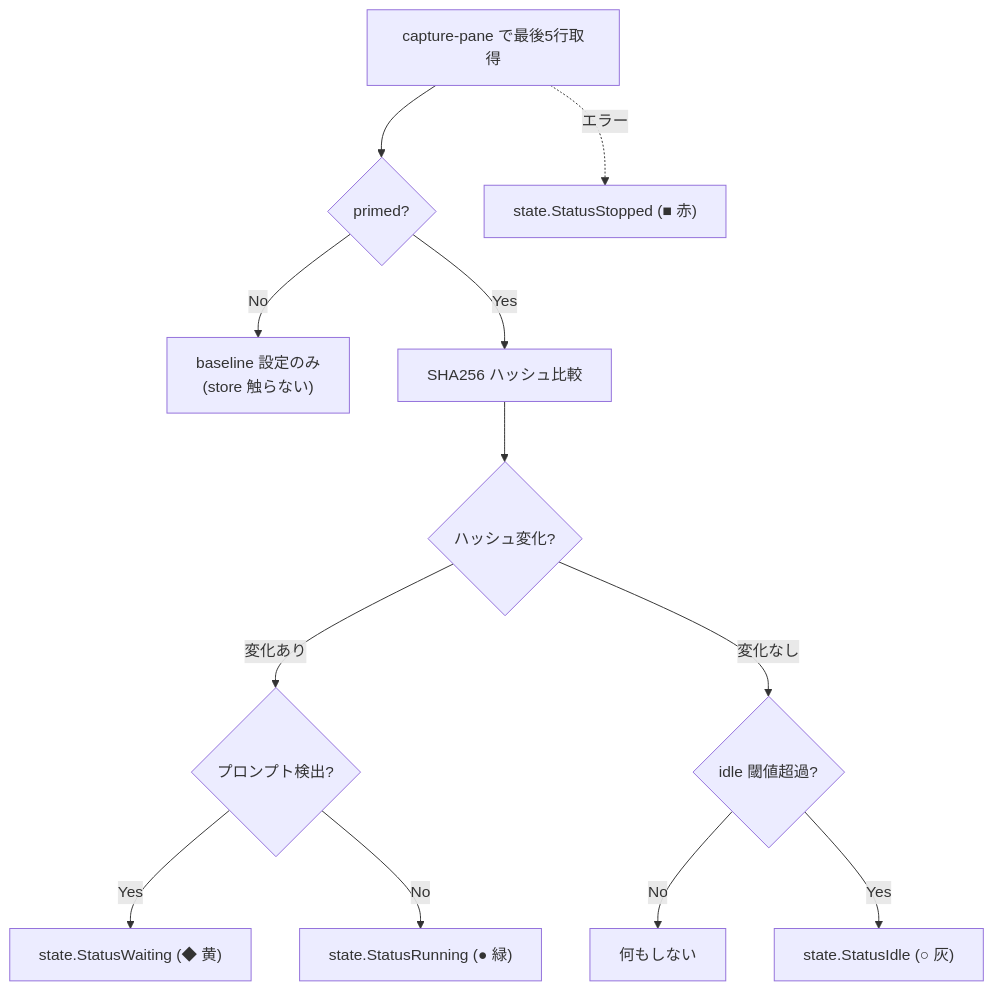
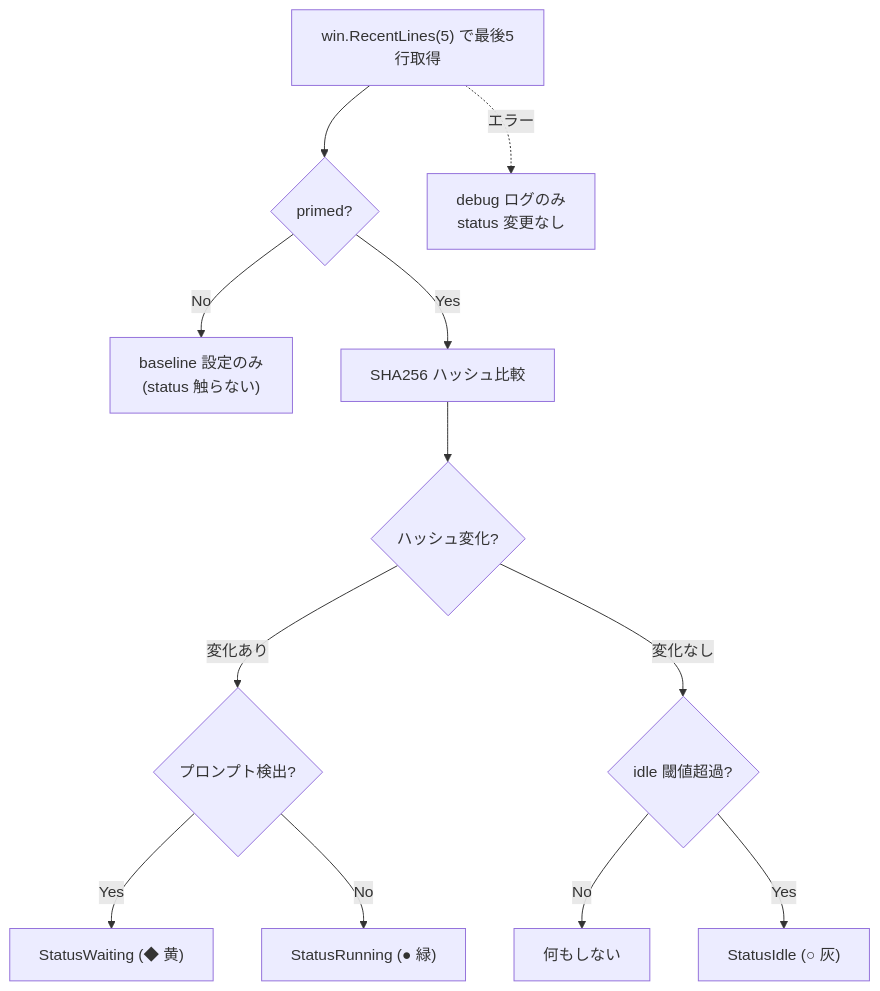
Before and after one commit to takezoh/agent-roost: the fifth of 5 diagrams in ARCHITECTURE.md, drawn with Mermaid. The commit also changed other lines of this file and 76 other files, not shown here.

````diff
--- a/ARCHITECTURE.md
+++ b/ARCHITECTURE.md
@@ -539,14 +570,14 @@
 ```mermaid
 flowchart TD
-    cap[capture-pane で最後5行取得] --> primed{primed?}
-    primed -->|No| baseline["baseline 設定のみ<br/>(store 触らない)"]
+    cap["win.RecentLines(5) で最後5行取得"] --> primed{primed?}
+    primed -->|No| baseline["baseline 設定のみ<br/>(status 触らない)"]
     primed -->|Yes| hash[SHA256 ハッシュ比較]
     hash --> changed{ハッシュ変化?}
     changed -->|変化あり| prompt{プロンプト検出?}
-    prompt -->|Yes| waiting["state.StatusWaiting (◆ 黄)"]
-    prompt -->|No| running["state.StatusRunning (● 緑)"]
+    prompt -->|Yes| waiting["StatusWaiting (◆ 黄)"]
+    prompt -->|No| running["StatusRunning (● 緑)"]
     changed -->|変化なし| threshold{idle 閾値超過?}
     threshold -->|No| keep[何もしない]
-    threshold -->|Yes| idle["state.StatusIdle (○ 灰)"]
-    cap -.->|エラー| stopped["state.StatusStopped (■ 赤)"]
+    threshold -->|Yes| idle["StatusIdle (○ 灰)"]
+    cap -.->|エラー| log[debug ログのみ<br/>status 変更なし]
 ```
````
